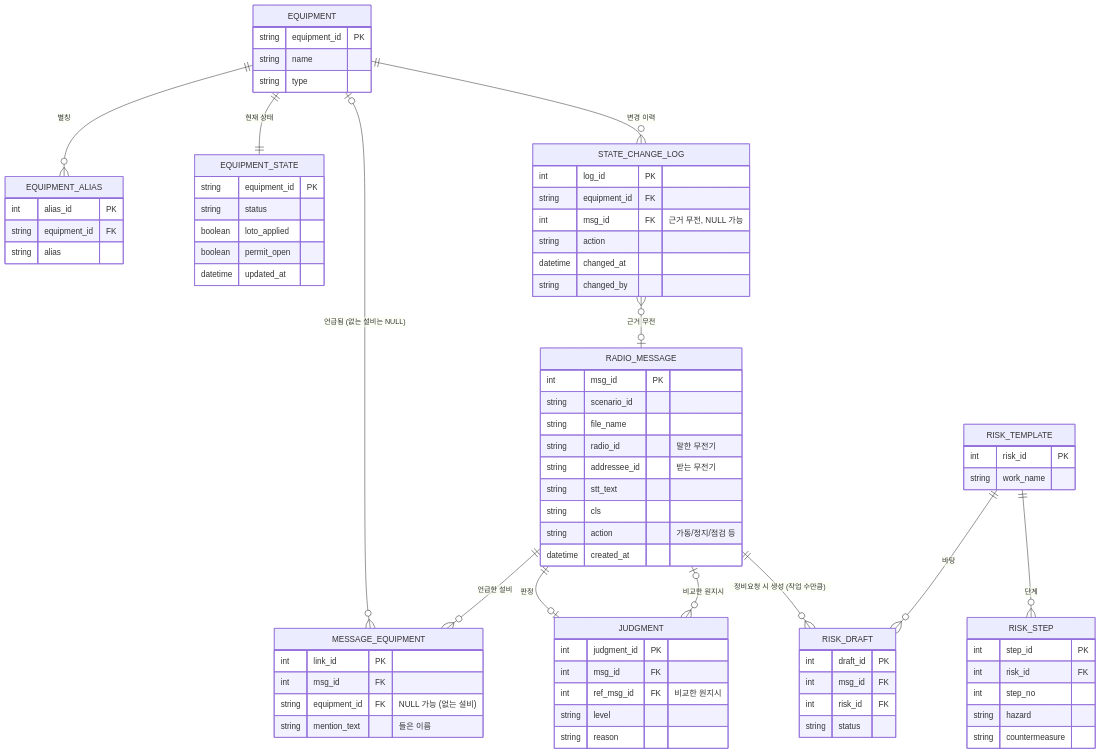
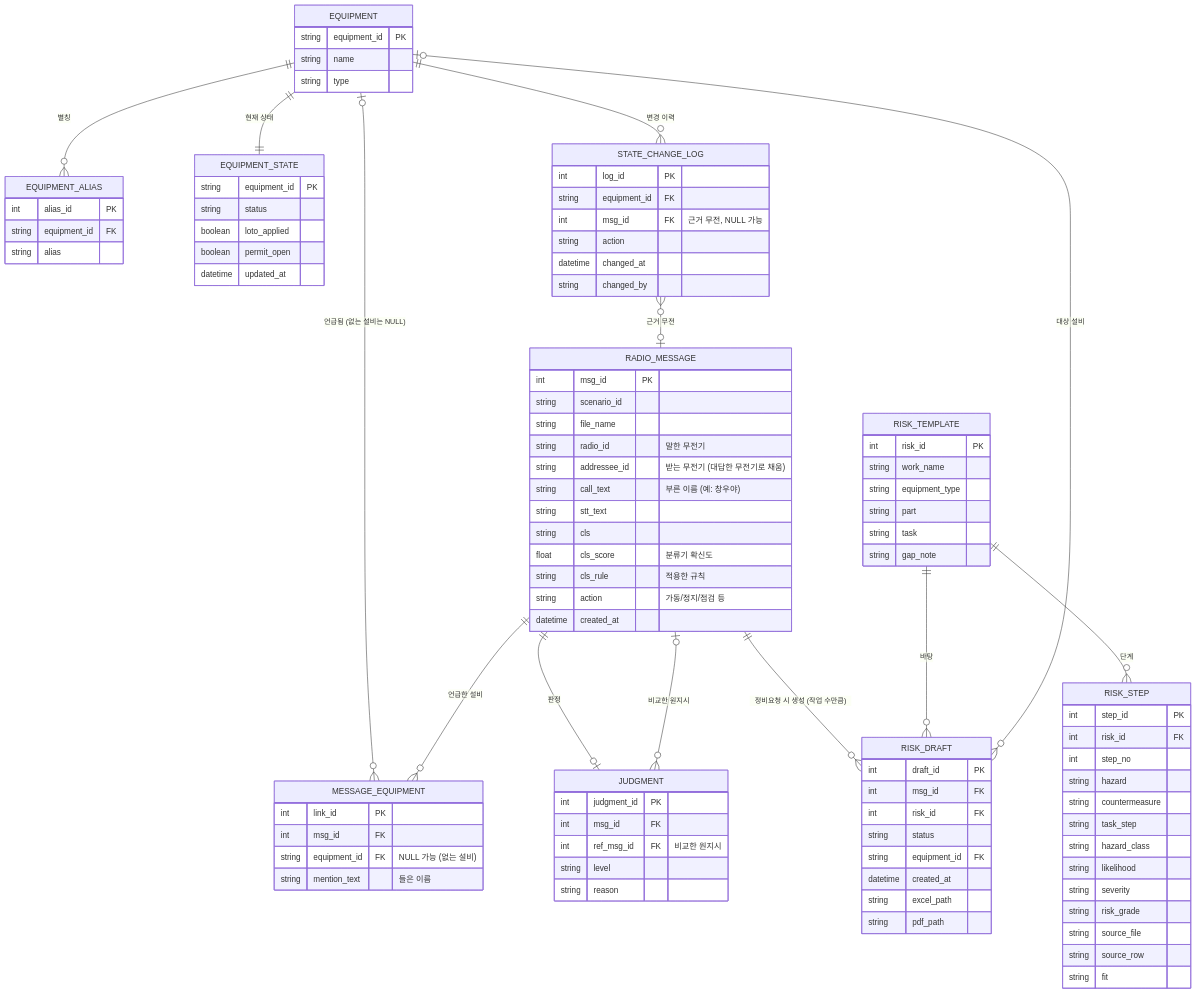
The diagram in db/hackathon_db_schema.md (Kangmunju/radio-safety-judgment), drawn with Mermaid before and after one commit. The commit also changed other lines of this file and 7 other files, not shown here.

Commit message:
팀원 추가 컬럼 합침, 위험성 평가 정답지·초안 등록, call_text·받는 무전기 채우기, ERD 갱신

````diff
--- a/db/hackathon_db_schema.md
+++ b/db/hackathon_db_schema.md
@@ -28,6 +30,7 @@
   RADIO_MESSAGE ||--o{ RISK_DRAFT : "정비요청 시 생성 (작업 수만큼)"
   RISK_TEMPLATE ||--o{ RISK_STEP : "단계"
   RISK_TEMPLATE ||--o{ RISK_DRAFT : "바탕"
+  EQUIPMENT |o--o{ RISK_DRAFT : "대상 설비"
 
   EQUIPMENT {
     string equipment_id PK
@@ -59,9 +62,12 @@
     string scenario_id
     string file_name
     string radio_id "말한 무전기"
-    string addressee_id "받는 무전기"
+    string addressee_id "받는 무전기 (대답한 무전기로 채움)"
+    string call_text "부른 이름 (예: 창우야)"
     string stt_text
     string cls
+    float cls_score "분류기 확신도"
+    string cls_rule "적용한 규칙"
     string action "가동/정지/점검 등"
     datetime created_at
   }
@@ -81,6 +87,10 @@
   RISK_TEMPLATE {
     int risk_id PK
     string work_name
+    string equipment_type
+    string part
+    string task
+    string gap_note
   }
   RISK_STEP {
     int step_id PK
@@ -88,11 +98,23 @@
     int step_no
     string hazard
     string countermeasure
+    string task_step
+    string hazard_class
+    string likelihood
+    string severity
+    string risk_grade
+    string source_file
+    string source_row
+    string fit
   }
   RISK_DRAFT {
     int draft_id PK
     int msg_id FK
     int risk_id FK
     string status
+    string equipment_id FK
+    datetime created_at
+    string excel_path
+    string pdf_path
   }
 ```
````
